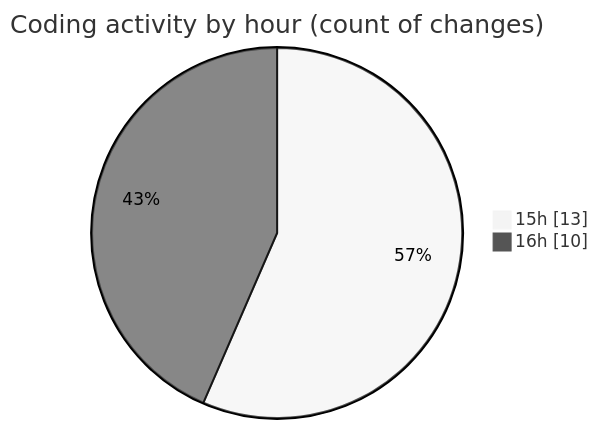
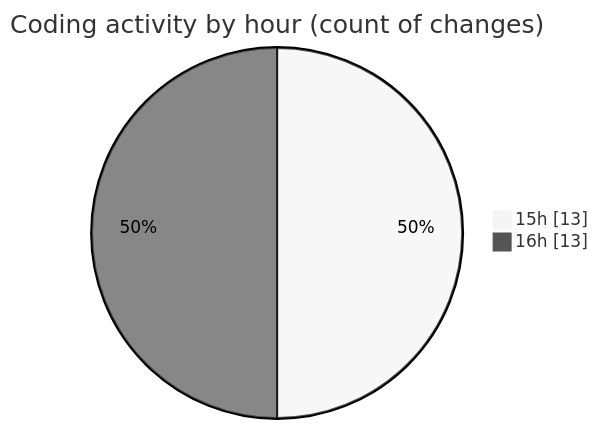
One commit to momahboobian/code-tracking changed the second of 2 diagrams in 2026-03-26/cda/README.md. Above: the diagram before and after it, drawn with Mermaid (neutral theme). The commit also changed other lines of this file and 1 other file, not shown here.

````diff
--- a/2026-03-26/cda/README.md
+++ b/2026-03-26/cda/README.md
@@ -31,6 +31,6 @@
 ```mermaid
 pie showData
 title Coding activity by hour (count of changes)
 "15h" : 13
-"16h" : 10
+"16h" : 13
 ```
````
